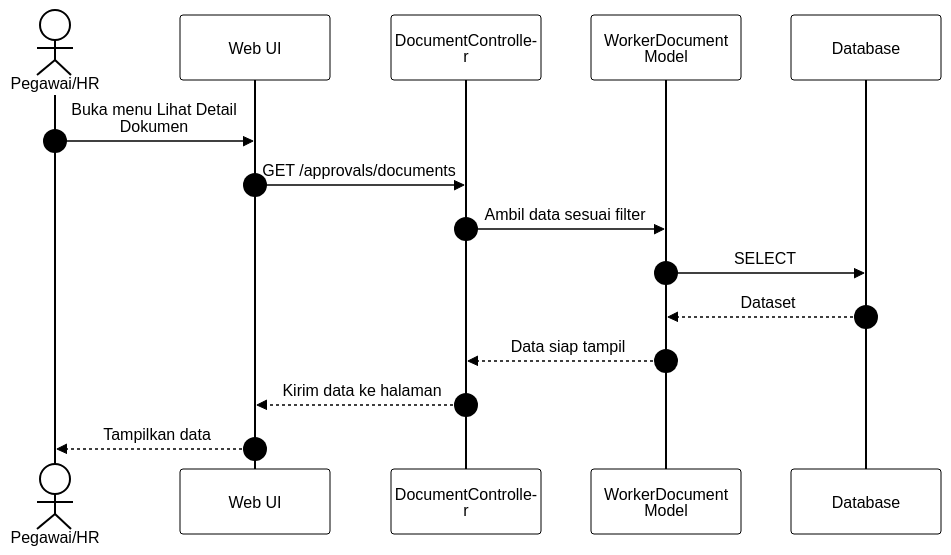
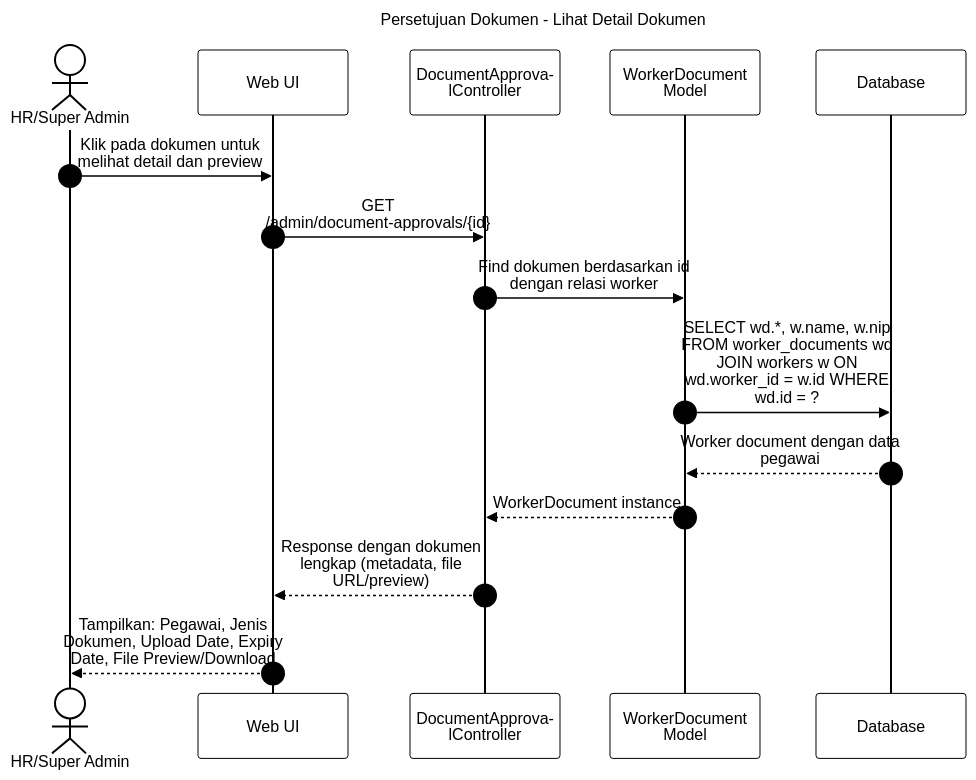
The diagram in docs/SequenceDiagram/KelolaDokumen-LihatDetailDokumen.mermaid (SulaimanHafi23/SimpegRSHDI), drawn with Mermaid before and after one commit. The commit also changed other lines of this file and 637 other files, not shown here.

Commit message:
update sequence

```diff
--- a/docs/SequenceDiagram/KelolaDokumen-LihatDetailDokumen.mermaid
+++ b/docs/SequenceDiagram/KelolaDokumen-LihatDetailDokumen.mermaid
@@ -1,17 +1,21 @@
+---
+id: PersetujuanDokumen-LihatDetailDokumen
+title: Persetujuan Dokumen - Lihat Detail Dokumen
+---
 %%{init: {"theme": "base", "themeVariables": {"background": "#dddddd", "primaryColor": "#ffffff", "primaryBorderColor": "#000000", "primaryTextColor": "#000000", "lineColor": "#000000", "textColor": "#000000", "actorBkg": "#ffffff", "actorBorder": "#000000", "actorTextColor": "#000000", "activationBkgColor": "#ffffff", "activationBorderColor": "#000000", "signalColor": "#000000", "signalTextColor": "#000000", "labelBoxBkgColor": "#ffffff", "labelBoxBorderColor": "#000000", "labelTextColor": "#000000", "sequenceNumberColor": "#000000", "noteBkgColor": "#ffffff", "noteBorderColor": "#000000", "noteTextColor": "#000000"}, "sequence": {"useMaxWidth": true, "wrap": true, "messageFontSize": 12, "noteFontSize": 12}}}%%
 sequenceDiagram
     autonumber
-    actor A as Pegawai/HR
+    actor HR as HR/Super Admin
     participant UI as Web UI
-    participant C as DocumentController
-    participant M as WorkerDocument Model
+    participant C as DocumentApprovalController
+    participant D as WorkerDocument Model
     participant DB as Database
 
-    A->>UI: Buka menu Lihat Detail Dokumen
-    UI->>C: GET /approvals/documents
-    C->>M: Ambil data sesuai filter
-    M->>DB: SELECT
-    DB-->>M: Dataset
-    M-->>C: Data siap tampil
-    C-->>UI: Kirim data ke halaman
-    UI-->>A: Tampilkan data
+    HR->>UI: Klik pada dokumen untuk melihat detail dan preview
+    UI->>C: GET /admin/document-approvals/{id}
+    C->>D: Find dokumen berdasarkan id dengan relasi worker
+    D->>DB: SELECT wd.*, w.name, w.nip FROM worker_documents wd JOIN workers w ON wd.worker_id = w.id WHERE wd.id = ?
+    DB-->>D: Worker document dengan data pegawai
+    D-->>C: WorkerDocument instance
+    C-->>UI: Response dengan dokumen lengkap (metadata, file URL/preview)
+    UI-->>HR: Tampilkan: Pegawai, Jenis Dokumen, Upload Date, Expiry Date, File Preview/Download
```
